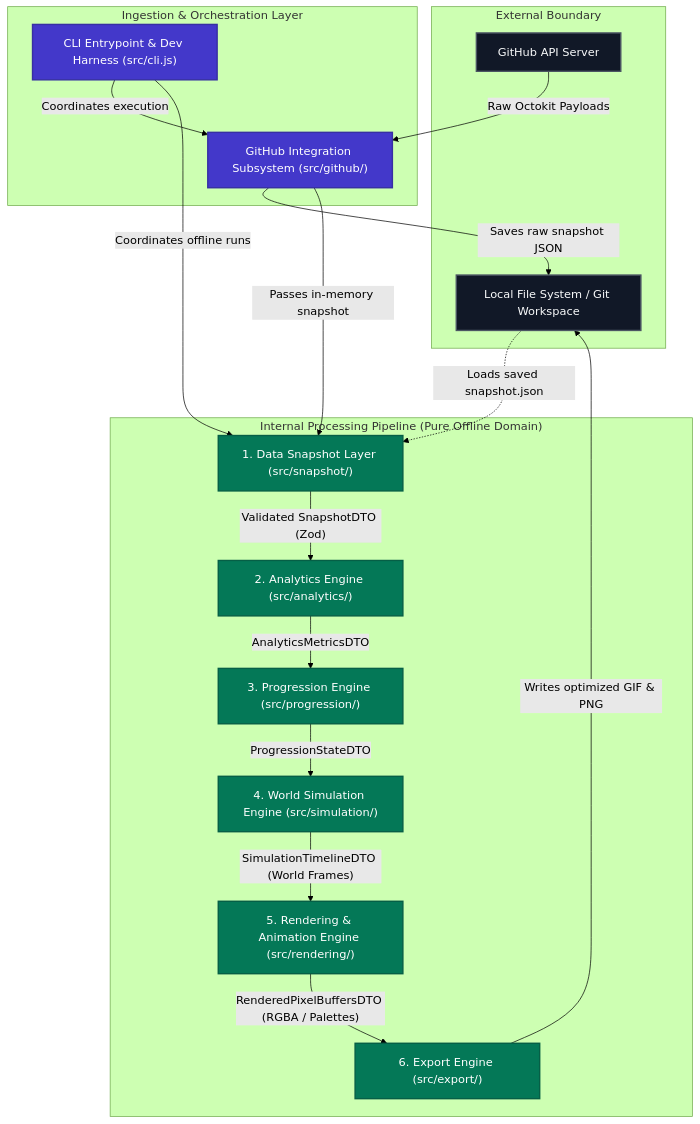
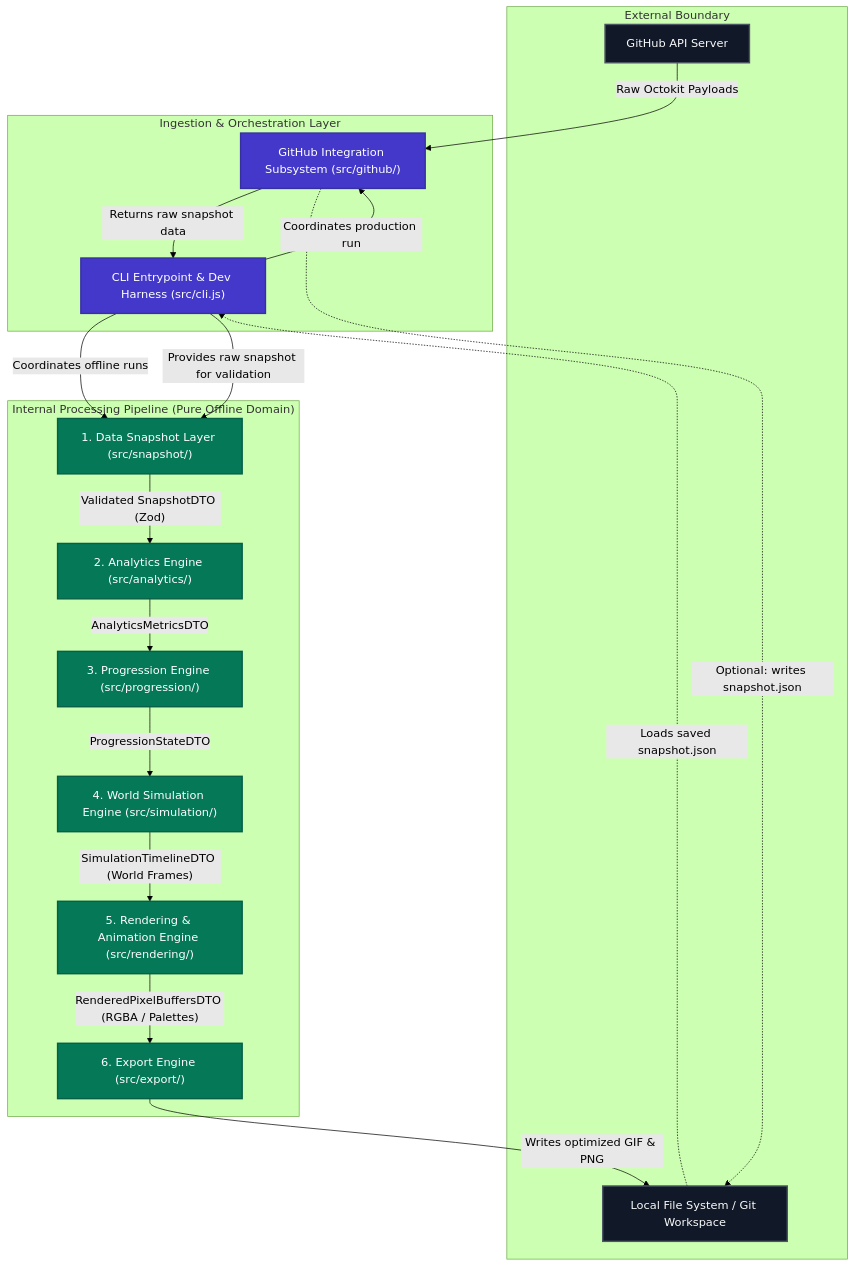
One commit to jeevansurya560-arch/Cat-Mice changed the second of 5 diagrams in ARCHITECTURE.md. Above: the diagram before and after it, drawn with Mermaid (forest theme). The commit also changed other lines of this file and 3 other files, not shown here.

Commit message:
docs(architecture): update hla diagrams and align cli harness with universal boundary

````diff
--- a/ARCHITECTURE.md
+++ b/ARCHITECTURE.md
@@ -110,48 +110,49 @@
 ```mermaid
 flowchart TB
     subgraph ExternalBoundary ["External Boundary"]
         GH_API["GitHub API Server"]
         FS_STORAGE["Local File System / Git Workspace"]
     end
 
     subgraph IntegrationLayer ["Ingestion & Orchestration Layer"]
         CLI["CLI Entrypoint & Dev Harness (src/cli.js)"]
         GH_INTEG["GitHub Integration Subsystem (src/github/)"]
     end
 
     subgraph CoreEnginePipeline ["Internal Processing Pipeline (Pure Offline Domain)"]
         SNAP_LAYER["1. Data Snapshot Layer (src/snapshot/)"]
         ANALYTICS["2. Analytics Engine (src/analytics/)"]
         PROGRESSION["3. Progression Engine (src/progression/)"]
         SIMULATION["4. World Simulation Engine (src/simulation/)"]
         RENDERING["5. Rendering & Animation Engine (src/rendering/)"]
         EXPORT["6. Export Engine (src/export/)"]
     end
 
     %% Ingestion Control
-    CLI -->|"Coordinates execution"| GH_INTEG
+    CLI -->|"Coordinates production run"| GH_INTEG
     CLI -->|"Coordinates offline runs"| SNAP_LAYER
     GH_API -->|"Raw Octokit Payloads"| GH_INTEG
-    GH_INTEG -->|"Saves raw snapshot JSON"| FS_STORAGE
+    GH_INTEG -->|"Returns raw snapshot data"| CLI
+    GH_INTEG -.->|"Optional: writes snapshot.json"| FS_STORAGE
 
-    %% Internal Pipeline Flow
-    FS_STORAGE -.->|"Loads saved snapshot.json"| SNAP_LAYER
-    GH_INTEG -->|"Passes in-memory snapshot"| SNAP_LAYER
+    %% Internal Pipeline Flow (Strict Boundary: CLI Orchestrates, Core is 100% Offline)
+    FS_STORAGE -.->|"Loads saved snapshot.json"| CLI
+    CLI -->|"Provides raw snapshot for validation"| SNAP_LAYER
 
     SNAP_LAYER -->|"Validated SnapshotDTO (Zod)"| ANALYTICS
     ANALYTICS -->|"AnalyticsMetricsDTO"| PROGRESSION
     PROGRESSION -->|"ProgressionStateDTO"| SIMULATION
     SIMULATION -->|"SimulationTimelineDTO (World Frames)"| RENDERING
     RENDERING -->|"RenderedPixelBuffersDTO (RGBA / Palettes)"| EXPORT
 
     %% Export File Output
     EXPORT -->|"Writes optimized GIF & PNG"| FS_STORAGE
 
     classDef external fill:#111827,stroke:#4b5563,stroke-width:2px,color:#f9fafb;
     classDef boundary fill:#4338ca,stroke:#3730a3,stroke-width:2px,color:#ffffff;
     classDef pipeline fill:#047857,stroke:#065f46,stroke-width:2px,color:#ffffff;
 
     class GH_API,FS_STORAGE external;
     class CLI,GH_INTEG boundary;
     class SNAP_LAYER,ANALYTICS,PROGRESSION,SIMULATION,RENDERING,EXPORT pipeline;
 ```
````
